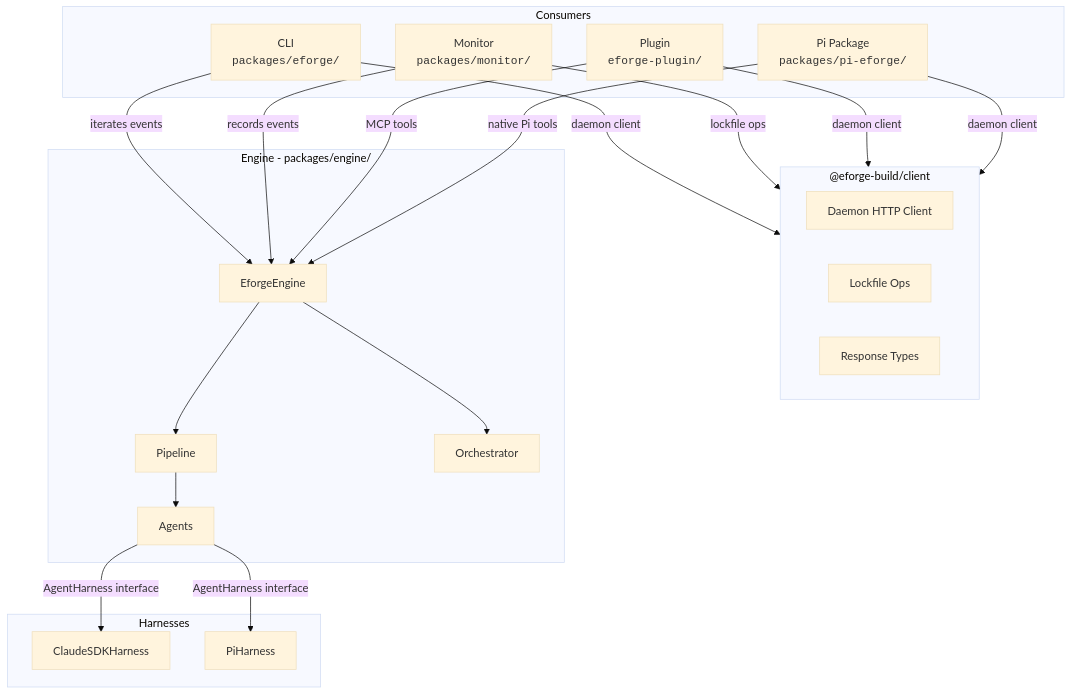
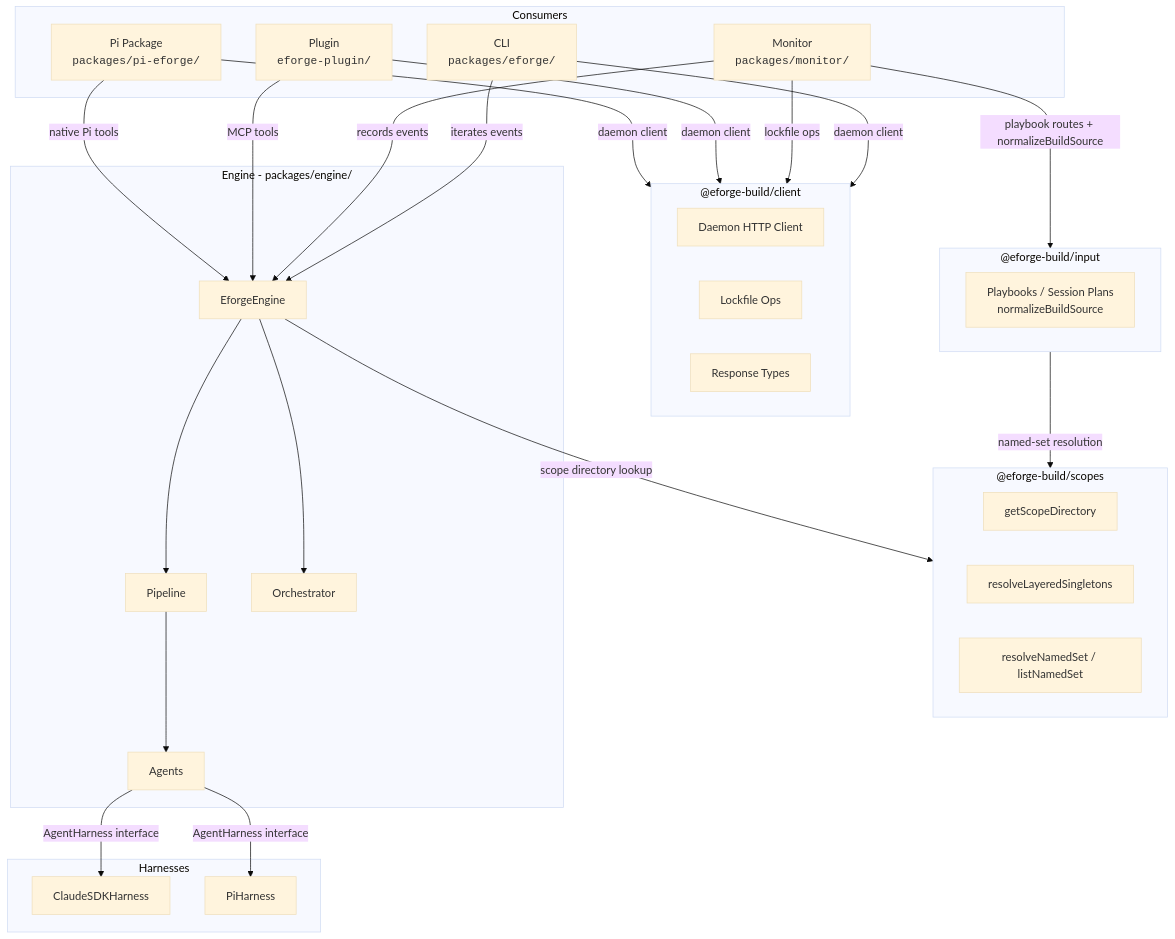
Before and after one commit to eforge-run/eforge: the first of 4 diagrams in docs/architecture.md, drawn with Mermaid (base theme). The commit also changed other lines of this file and 5 other files, not shown here.

````diff
--- a/docs/architecture.md
+++ b/docs/architecture.md
@@ -7,41 +7,54 @@
 ```mermaid
 graph TD
     subgraph Consumers
         CLI["CLI<br/><code>packages/eforge/</code>"]
         Monitor["Monitor<br/><code>packages/monitor/</code>"]
         Plugin["Plugin<br/><code>eforge-plugin/</code>"]
         PiPkg["Pi Package<br/><code>packages/pi-eforge/</code>"]
     end
 
     subgraph Client ["@eforge-build/client"]
         DaemonClient["Daemon HTTP Client"]
         LockfileOps["Lockfile Ops"]
         ResponseTypes["Response Types"]
+    end
+
+    subgraph Input ["@eforge-build/input"]
+        InputArtifacts["Playbooks / Session Plans<br/>normalizeBuildSource"]
+    end
+
+    subgraph Scopes ["@eforge-build/scopes"]
+        ScopeDir["getScopeDirectory"]
+        LayeredSingleton["resolveLayeredSingletons"]
+        NamedSet["resolveNamedSet / listNamedSet"]
     end
 
     subgraph Engine ["Engine - packages/engine/"]
         EforgeEngine["EforgeEngine"]
         Pipeline["Pipeline"]
         Orchestrator["Orchestrator"]
         Agents["Agents"]
     end
 
     subgraph Harnesses
         Claude["ClaudeSDKHarness"]
         Pi["PiHarness"]
     end
 
     CLI -->|"daemon client"| Client
     Monitor -->|"lockfile ops"| Client
     Plugin -->|"daemon client"| Client
     PiPkg -->|"daemon client"| Client
     CLI -->|"iterates events"| EforgeEngine
     Monitor -->|"records events"| EforgeEngine
+    Monitor -->|"playbook routes + normalizeBuildSource"| Input
     Plugin -->|"MCP tools"| EforgeEngine
     PiPkg -->|"native Pi tools"| EforgeEngine
     EforgeEngine --> Pipeline
     EforgeEngine --> Orchestrator
+    EforgeEngine -->|"scope directory lookup"| Scopes
+    Input -->|"named-set resolution"| Scopes
     Pipeline --> Agents
     Agents -->|"AgentHarness interface"| Claude
     Agents -->|"AgentHarness interface"| Pi
 ```
````
